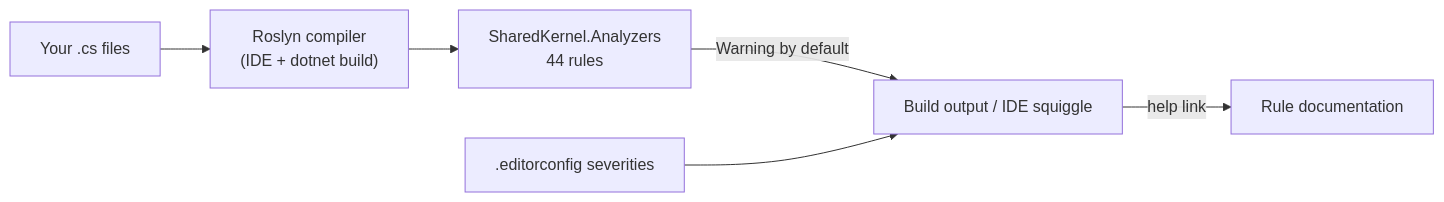
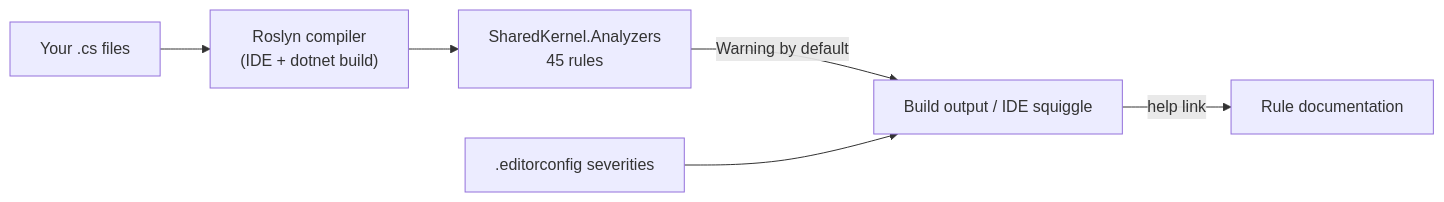
The diagram in tools/Governance/SharedKernel.Analyzers/README.md (Gresta-Vertex-Labs/platform-shared-kernel), drawn with Mermaid before and after one commit. The commit also changed other lines of this file and 228 other files, not shown here.

````diff
--- a/tools/Governance/SharedKernel.Analyzers/README.md
+++ b/tools/Governance/SharedKernel.Analyzers/README.md
@@ -91,8 +92,8 @@
 ```mermaid
 flowchart LR
     code["Your .cs files"] --> roslyn["Roslyn compiler<br/>(IDE + dotnet build)"]
-    roslyn --> an["SharedKernel.Analyzers<br/>44 rules"]
+    roslyn --> an["SharedKernel.Analyzers<br/>45 rules"]
     an -->|Warning by default| out["Build output / IDE squiggle"]
     cfg[".editorconfig severities"] --> out
     out -->|help link| docs["Rule documentation"]
 ```
````
